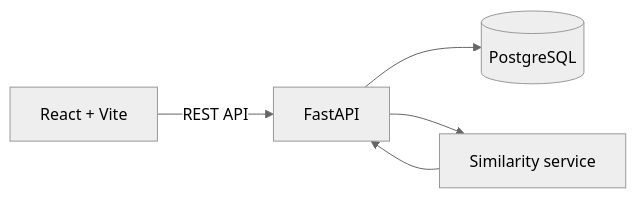
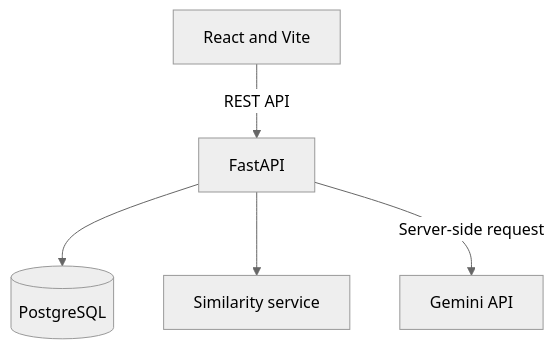
One commit to MAY0927/smart-inventory-assistant changed the diagram in README.md. Above: the diagram before and after it, drawn with Mermaid (neutral theme). The commit also changed other lines of this file and 2 other files, not shown here.

````diff
--- a/README.md
+++ b/README.md
@@ -67,7 +85,7 @@
 ```mermaid
-flowchart LR
-    A[React + Vite] -->|REST API| B[FastAPI]
+flowchart TD
+    A[React and Vite] -->|REST API| B[FastAPI]
     B --> C[(PostgreSQL)]
     B --> D[Similarity service]
-    D --> B
+    B -->|Server-side request| E[Gemini API]
 ```
````
